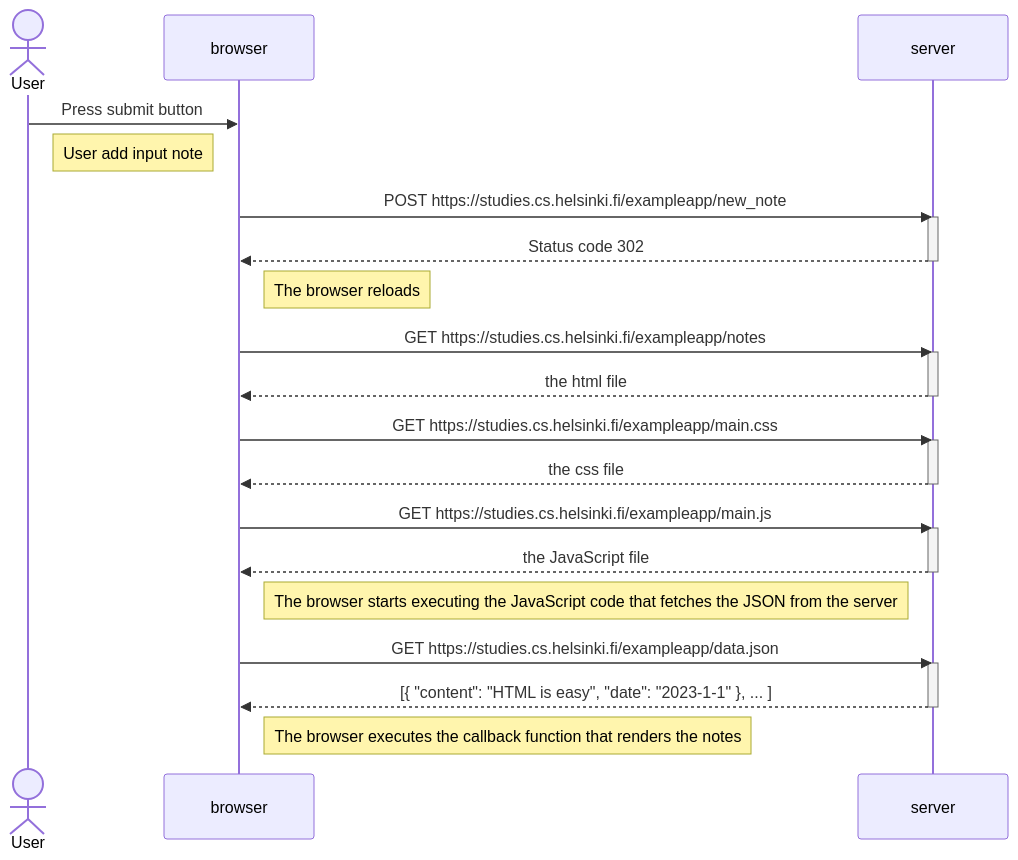
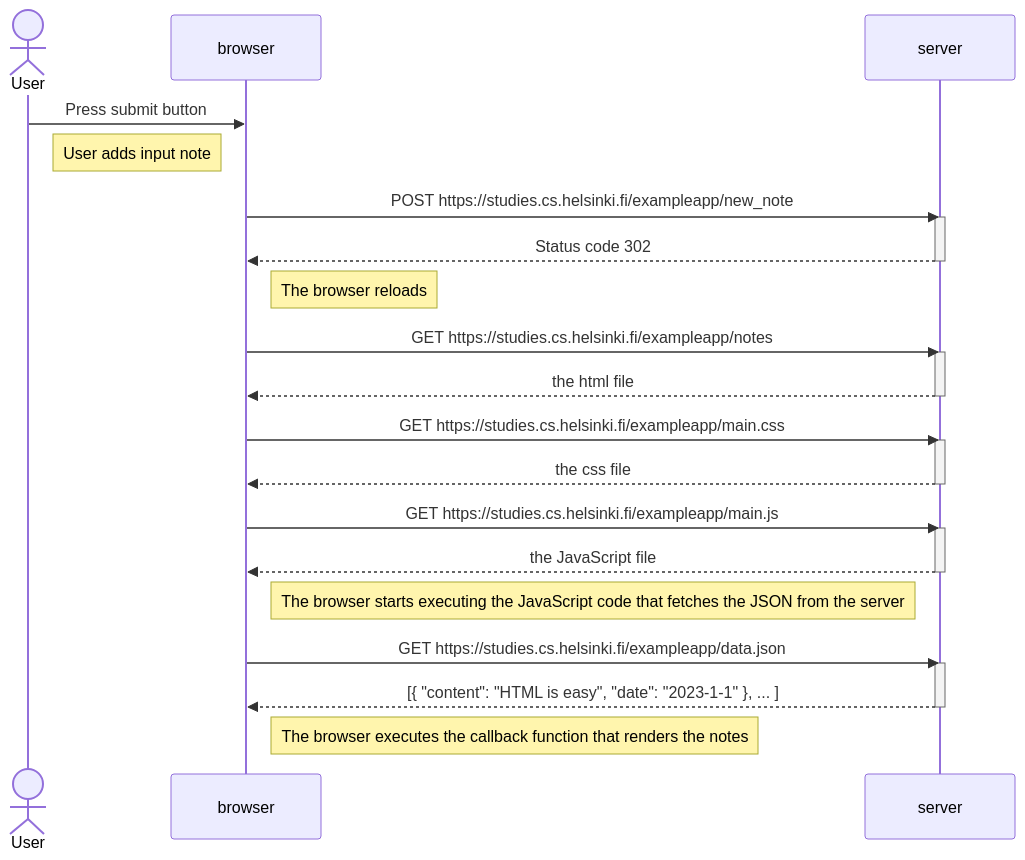
The diagram in part-0/0.4-new-note-diagram.md (ColtMoons/fullstack-open-2023), drawn with Mermaid before and after one commit.

````diff
--- a/part-0/0.4-new-note-diagram.md
+++ b/part-0/0.4-new-note-diagram.md
@@ -1,43 +1,43 @@
 ```mermaid
 sequenceDiagram
 
     actor User
     
     participant browser
     participant server
 
     User->>browser: Press submit button
-    note right of User: User add input note
+    note right of User: User adds input note
 
     browser->>server: POST https://studies.cs.helsinki.fi/exampleapp/new_note
     activate server
     server-->>browser: Status code 302
     deactivate server
 
     note right of browser: The browser reloads
 
     browser->>server: GET https://studies.cs.helsinki.fi/exampleapp/notes
     activate server
     server-->>browser: the html file
     deactivate server
 
     browser->>server: GET https://studies.cs.helsinki.fi/exampleapp/main.css
     activate server
     server-->>browser: the css file
     deactivate server
 
     browser->>server: GET https://studies.cs.helsinki.fi/exampleapp/main.js
     activate server
     server-->>browser: the JavaScript file
     deactivate server
 
     Note right of browser: The browser starts executing the JavaScript code that fetches the JSON from the server
 
     browser->>server: GET https://studies.cs.helsinki.fi/exampleapp/data.json
     activate server
     server-->>browser: [{ "content": "HTML is easy", "date": "2023-1-1" }, ... ]
     deactivate server
 
     Note right of browser: The browser executes the callback function that renders the notes
 
 ```
````
